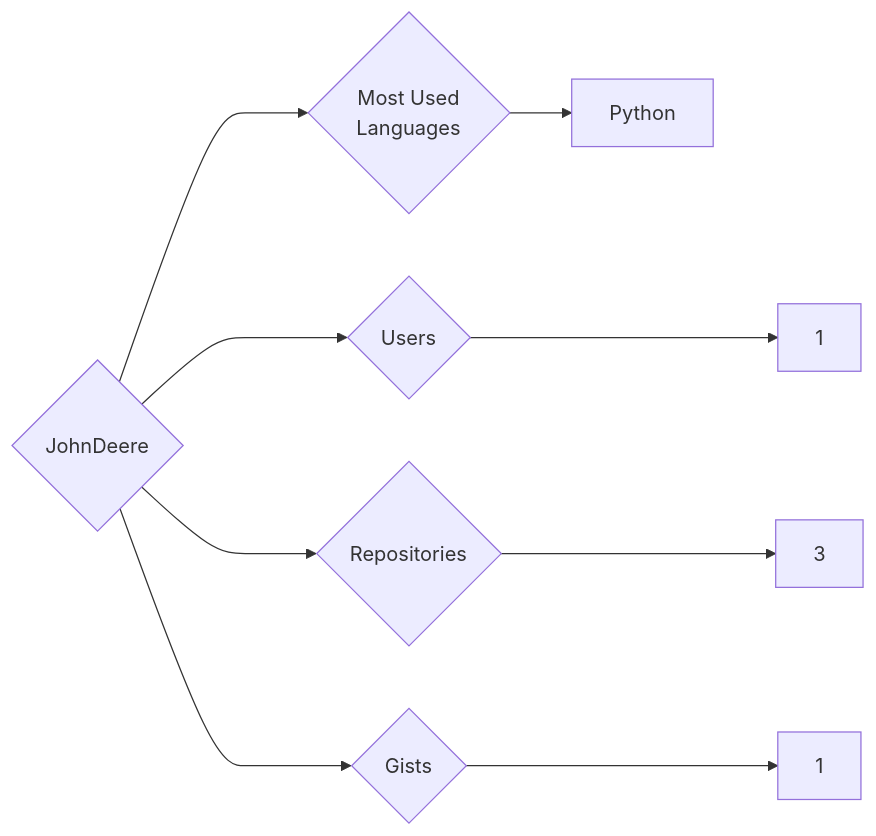
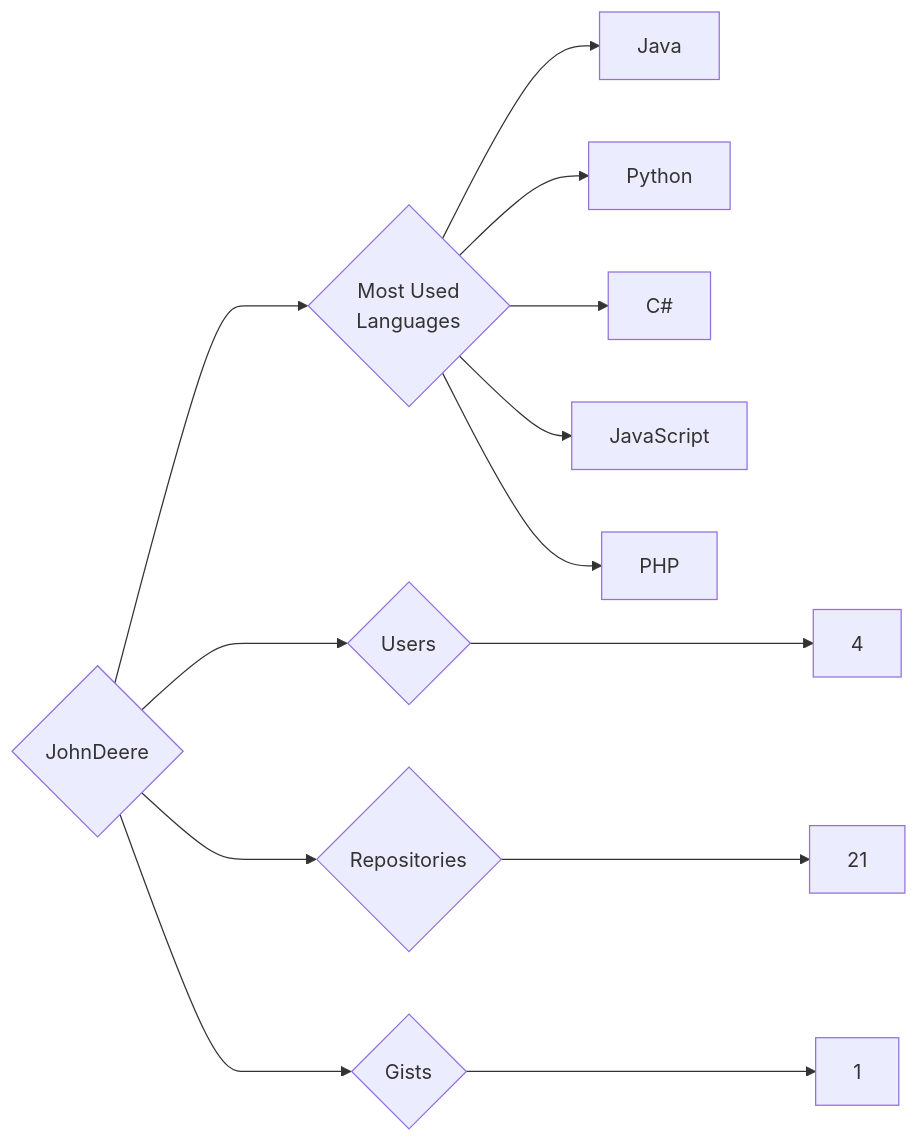
One commit to trickest/insiders changed the diagram in targets/JohnDeere/README.md. Above: the diagram before and after it, drawn with Mermaid. The commit also changed 899 other files, not shown here.

````diff
--- a/targets/JohnDeere/README.md
+++ b/targets/JohnDeere/README.md
@@ -3,9 +3,13 @@
 ```mermaid
 graph LR
 COMPANY_NAME{JohnDeere}
-COMPANY_NAME ---> U{Users} ---> UN[1]
-COMPANY_NAME ---> R{Repositories} ---> RN[3]
+COMPANY_NAME ---> U{Users} ---> UN[4]
+COMPANY_NAME ---> R{Repositories} ---> RN[21]
 COMPANY_NAME ---> G{Gists} ---> GN[1]
 COMPANY_NAME ---> ML{Most Used<br>Languages}
+ML --> Java[Java]
 ML --> Python[Python]
+ML --> C#[C#]
+ML --> JavaScript[JavaScript]
+ML --> PHP[PHP]
 ```
````
